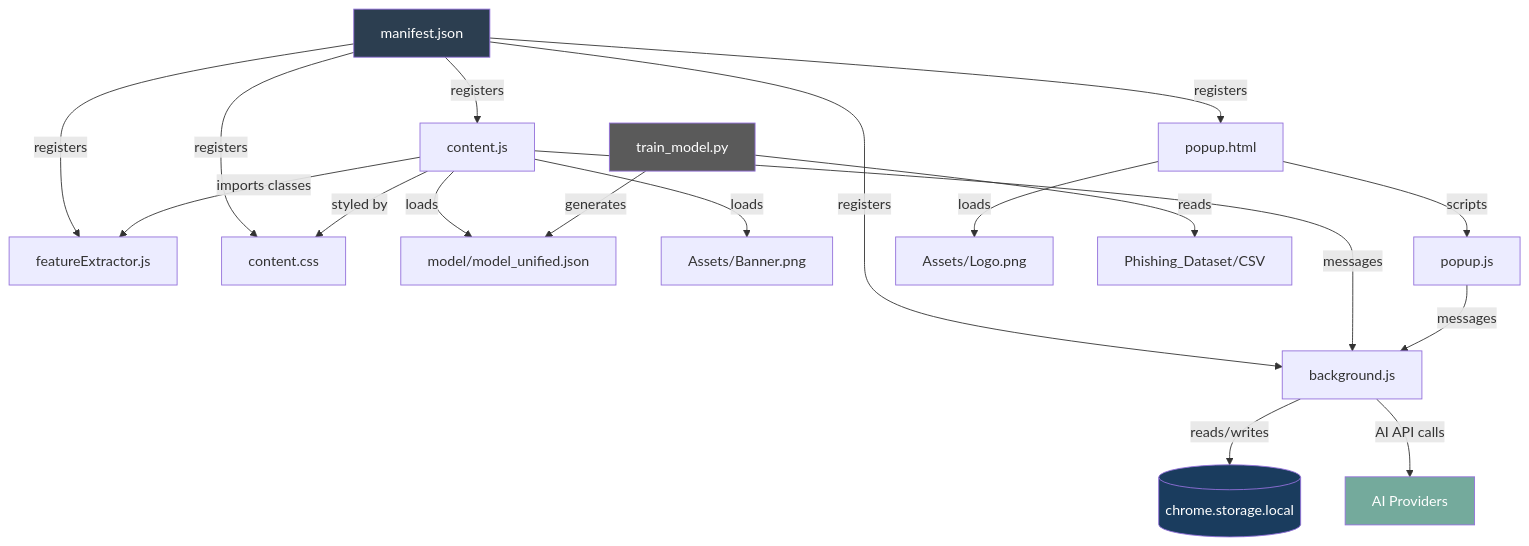
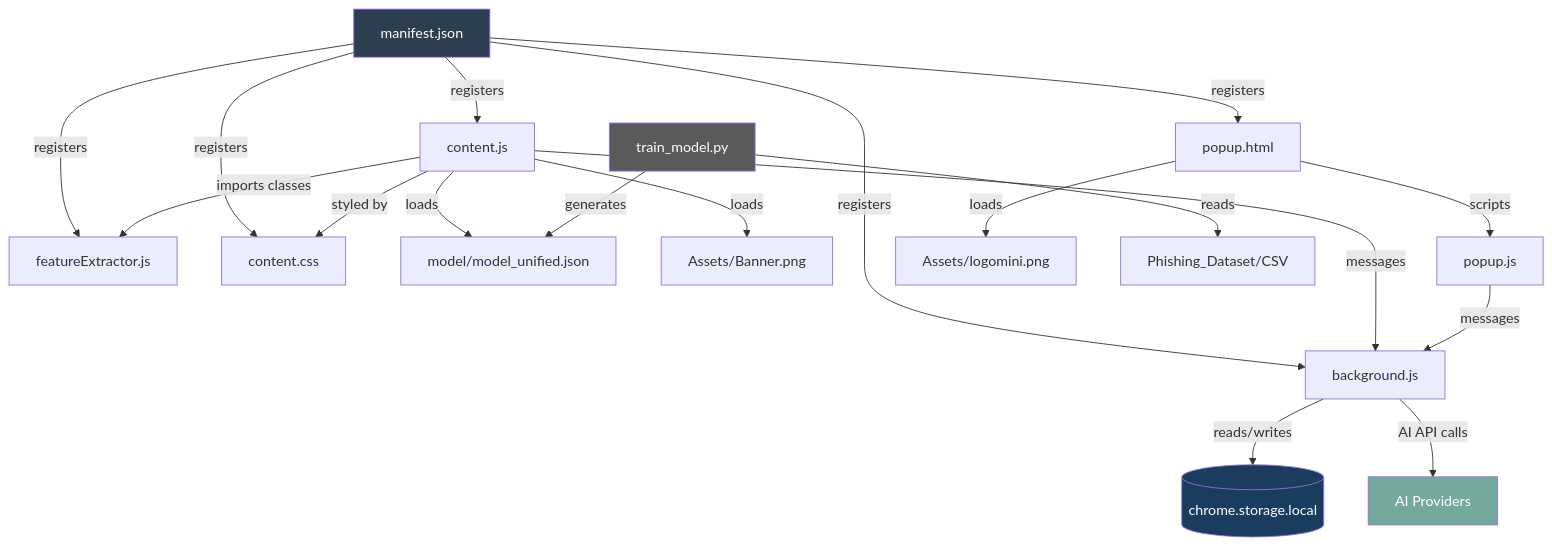
One commit to TyFarrington/GoPhishFree changed the tenth of 10 diagrams in ARCHITECTURE.md. Above: the diagram before and after it, drawn with Mermaid. The commit also changed other lines of this file and 9 other files, not shown here.

````diff
--- a/ARCHITECTURE.md
+++ b/ARCHITECTURE.md
@@ -610,29 +610,29 @@
 ```mermaid
 graph TD
     MF[manifest.json] -->|"registers"| CS[content.js]
     MF -->|"registers"| FE[featureExtractor.js]
     MF -->|"registers"| CSS[content.css]
     MF -->|"registers"| BG[background.js]
     MF -->|"registers"| PH[popup.html]
 
     CS -->|"imports classes"| FE
     CS -->|"styled by"| CSS
     CS -->|"messages"| BG
     CS -->|"loads"| MU[model/model_unified.json]
     CS -->|"loads"| BANNER[Assets/Banner.png]
 
     PH -->|"scripts"| PJ[popup.js]
-    PH -->|"loads"| LOGO[Assets/Logo.png]
+    PH -->|"loads"| LOGO[Assets/logomini.png]
     PJ -->|"messages"| BG
 
     BG -->|"reads/writes"| ST[(chrome.storage.local)]
     BG -->|"AI API calls"| AI[AI Providers]
 
     TP[train_model.py] -->|"reads"| DS[Phishing_Dataset/CSV]
     TP -->|"generates"| MU
 
     style MF fill:#2c3e50,color:#fff
     style TP fill:#5a5a5a,color:#fff
     style ST fill:#1a3c5e,color:#fff
     style AI fill:#74aa9c,color:#fff
 ```
````
